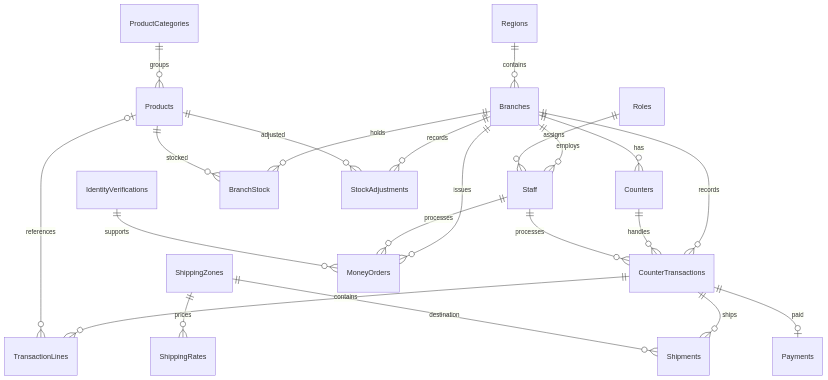
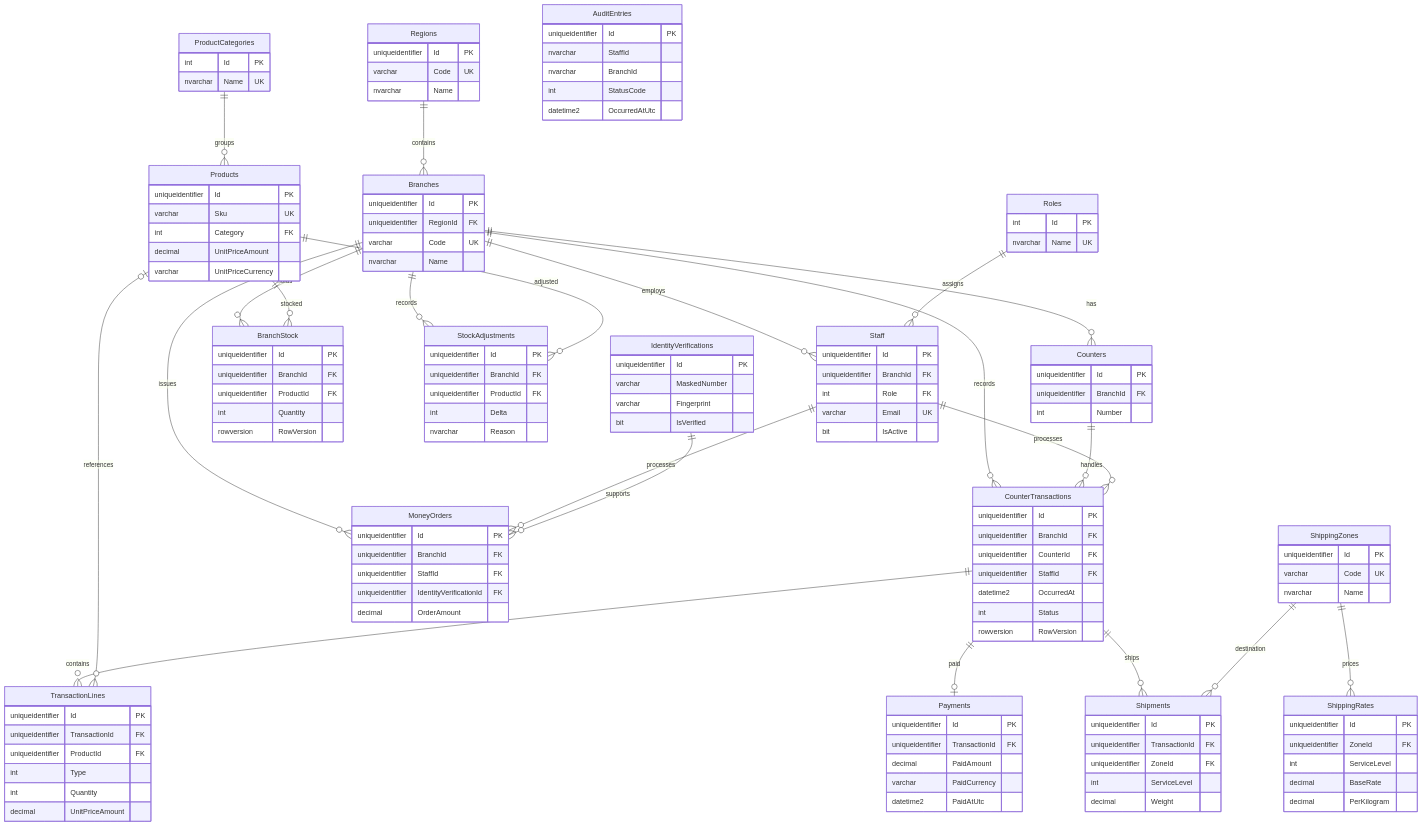
Before and after one commit to Mayurraj819/ApexPost: the second of 2 diagrams in DESIGN.md, drawn with Mermaid. The commit also changed 6 other files, not shown here.

Commit message:
Explain schema, indexing and application architecture decisions

````diff
--- a/DESIGN.md
+++ b/DESIGN.md
@@ -20,5 +20,120 @@
 ```mermaid
 erDiagram
+ Regions {
+     uniqueidentifier Id PK
+     varchar Code UK
+     nvarchar Name
+ }
+ Branches {
+     uniqueidentifier Id PK
+     uniqueidentifier RegionId FK
+     varchar Code UK
+     nvarchar Name
+ }
+ Counters {
+     uniqueidentifier Id PK
+     uniqueidentifier BranchId FK
+     int Number
+ }
+ Roles {
+     int Id PK
+     nvarchar Name UK
+ }
+ Staff {
+     uniqueidentifier Id PK
+     uniqueidentifier BranchId FK
+     int Role FK
+     varchar Email UK
+     bit IsActive
+ }
+ ProductCategories {
+     int Id PK
+     nvarchar Name UK
+ }
+ Products {
+     uniqueidentifier Id PK
+     varchar Sku UK
+     int Category FK
+     decimal UnitPriceAmount
+     varchar UnitPriceCurrency
+ }
+ BranchStock {
+     uniqueidentifier Id PK
+     uniqueidentifier BranchId FK
+     uniqueidentifier ProductId FK
+     int Quantity
+     rowversion RowVersion
+ }
+ StockAdjustments {
+     uniqueidentifier Id PK
+     uniqueidentifier BranchId FK
+     uniqueidentifier ProductId FK
+     int Delta
+     nvarchar Reason
+ }
+ ShippingZones {
+     uniqueidentifier Id PK
+     varchar Code UK
+     nvarchar Name
+ }
+ ShippingRates {
+     uniqueidentifier Id PK
+     uniqueidentifier ZoneId FK
+     int ServiceLevel
+     decimal BaseRate
+     decimal PerKilogram
+ }
+ Shipments {
+     uniqueidentifier Id PK
+     uniqueidentifier TransactionId FK
+     uniqueidentifier ZoneId FK
+     int ServiceLevel
+     decimal Weight
+ }
+ IdentityVerifications {
+     uniqueidentifier Id PK
+     varchar MaskedNumber
+     varchar Fingerprint
+     bit IsVerified
+ }
+ MoneyOrders {
+     uniqueidentifier Id PK
+     uniqueidentifier BranchId FK
+     uniqueidentifier StaffId FK
+     uniqueidentifier IdentityVerificationId FK
+     decimal OrderAmount
+ }
+ CounterTransactions {
+     uniqueidentifier Id PK
+     uniqueidentifier BranchId FK
+     uniqueidentifier CounterId FK
+     uniqueidentifier StaffId FK
+     datetime2 OccurredAt
+     int Status
+     rowversion RowVersion
+ }
+ TransactionLines {
+     uniqueidentifier Id PK
+     uniqueidentifier TransactionId FK
+     uniqueidentifier ProductId FK
+     int Type
+     int Quantity
+     decimal UnitPriceAmount
+ }
+ Payments {
+     uniqueidentifier Id PK
+     uniqueidentifier TransactionId FK
+     decimal PaidAmount
+     varchar PaidCurrency
+     datetime2 PaidAtUtc
+ }
+ AuditEntries {
+     uniqueidentifier Id PK
+     nvarchar StaffId
+     nvarchar BranchId
+     int StatusCode
+     datetime2 OccurredAtUtc
+ }
  Regions ||--o{ Branches : contains
  Branches ||--o{ Counters : has
  Branches ||--o{ Staff : employs
````
